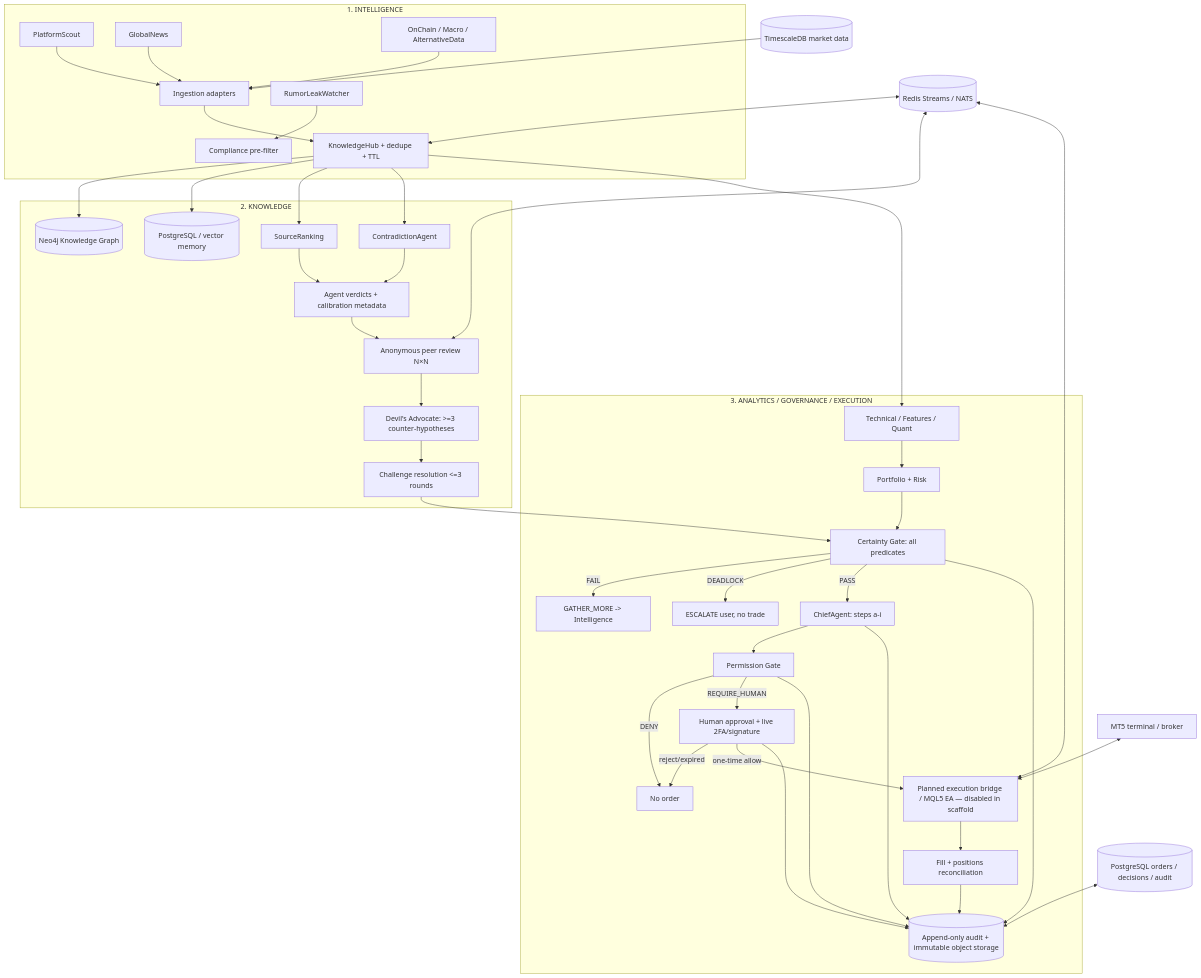
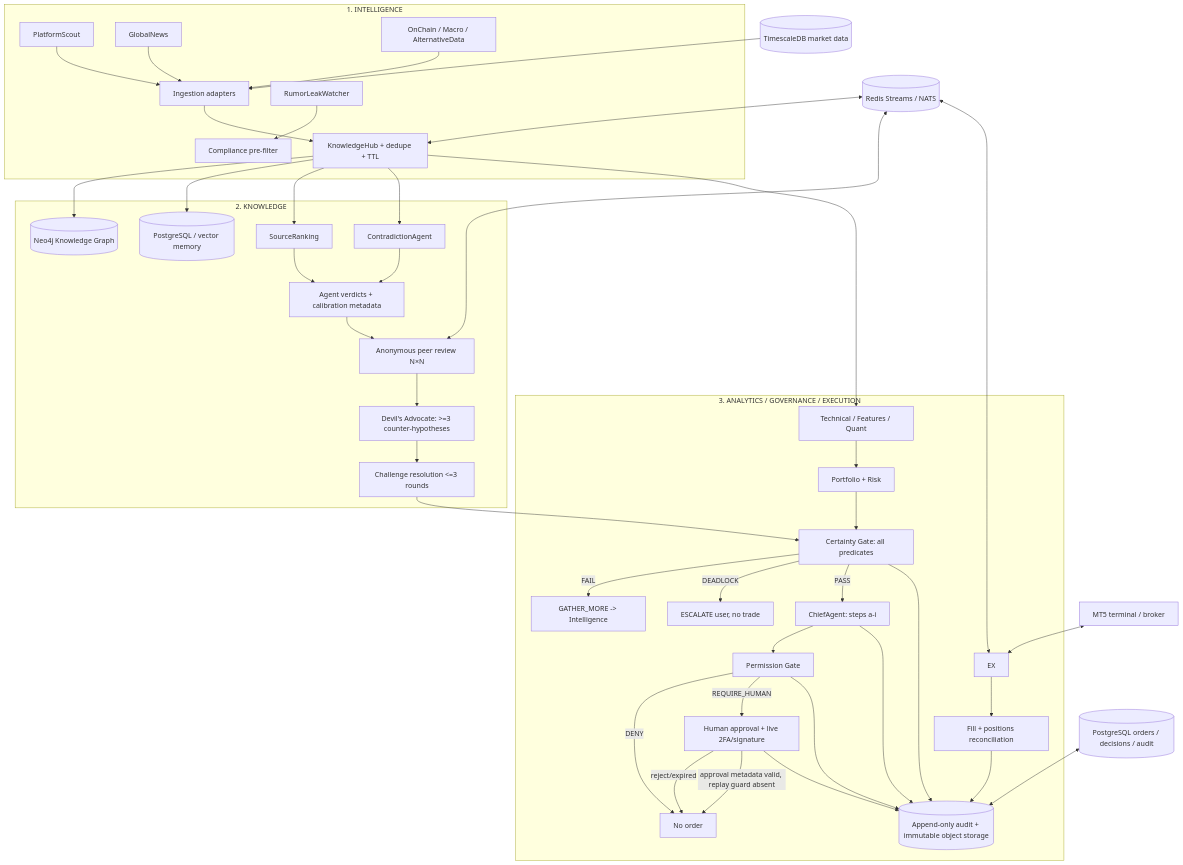
The diagram in docs/architecture.md (paulafanasyev/mt5-critical-consensus), drawn with Mermaid before and after one commit. The commit also changed other lines of this file, not shown here.

Commit message:
Clarify authorization is denied until replay protection is durable

````diff
--- a/docs/architecture.md
+++ b/docs/architecture.md
@@ -3,47 +3,47 @@
 ```mermaid
 flowchart TB
   subgraph I[1. INTELLIGENCE]
     PS[PlatformScout] --> ING[Ingestion adapters]
     GN[GlobalNews] --> ING
     RL[RumorLeakWatcher] --> COMP[Compliance pre-filter]
     OC[OnChain / Macro / AlternativeData] --> ING
     ING --> HUB[KnowledgeHub + dedupe + TTL]
   end
   subgraph K[2. KNOWLEDGE]
     HUB --> KG[(Neo4j Knowledge Graph)]
     HUB --> MEM[(PostgreSQL / vector memory)]
     HUB --> SR[SourceRanking]
     HUB --> CT[ContradictionAgent]
     SR --> VER[Agent verdicts + calibration metadata]
     CT --> VER
     VER --> PR[Anonymous peer review N×N]
     PR --> DA[Devil's Advocate: >=3 counter-hypotheses]
     DA --> CR[Challenge resolution <=3 rounds]
   end
   subgraph A[3. ANALYTICS / GOVERNANCE / EXECUTION]
     HUB --> TA[Technical / Features / Quant]
     TA --> RM[Portfolio + Risk]
     CR --> CG[Certainty Gate: all predicates]
     RM --> CG
     CG -->|FAIL| GM[GATHER_MORE -> Intelligence]
     CG -->|DEADLOCK| ESC[ESCALATE user, no trade]
     CG -->|PASS| CH[ChiefAgent: steps a-i]
     CH --> PG[Permission Gate]
     PG -->|DENY| STOP[No order]
     PG -->|REQUIRE_HUMAN| UA[Human approval + live 2FA/signature]
     UA -->|reject/expired| STOP
-    UA -->|one-time allow| EX[Planned execution bridge / MQL5 EA — disabled in scaffold]
+    UA -->|approval metadata valid, replay guard absent| STOP
     EX --> RECON[Fill + positions reconciliation]
     RECON --> AUD[(Append-only audit + immutable object storage)]
     CG --> AUD
     CH --> AUD
     PG --> AUD
     UA --> AUD
   end
   BUS[(Redis Streams / NATS)] <--> HUB
   BUS <--> PR
   BUS <--> EX
   TS[(TimescaleDB market data)] --> ING
   PGDB[(PostgreSQL orders / decisions / audit)] <--> AUD
   MT5[MT5 terminal / broker] <--> EX
 ```
````
